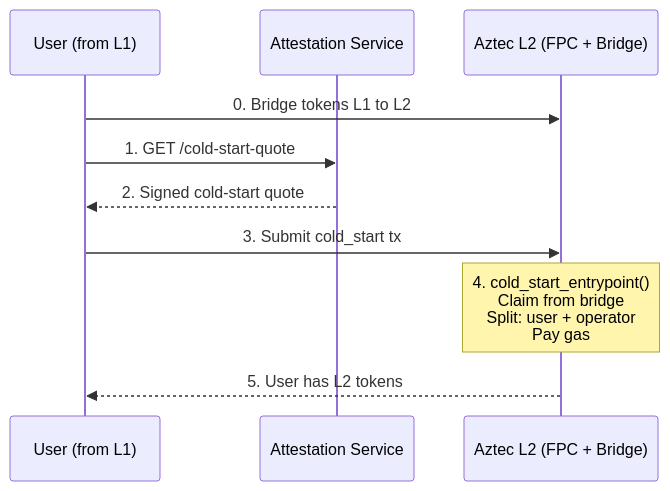
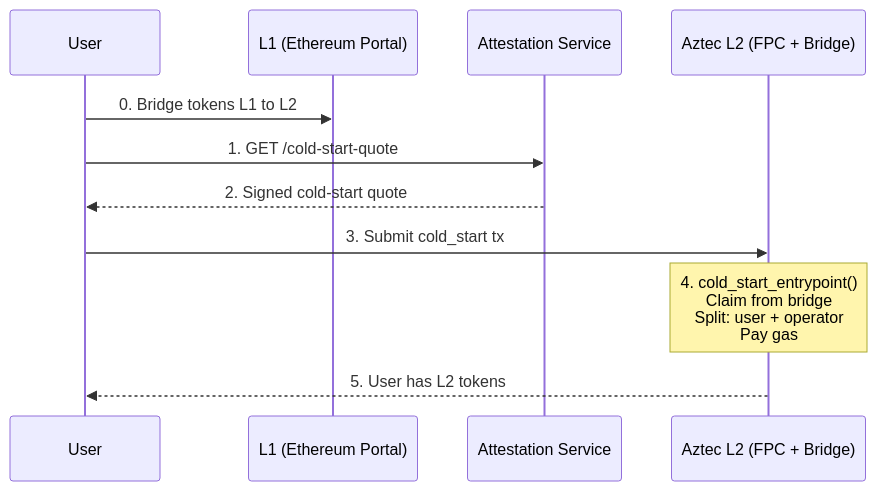
The third of 4 diagrams in docs/architecture.md (NethermindEth/aztec-fpc), drawn with Mermaid before and after one commit. The commit also changed other lines of this file and 1 other file, not shown here.

Commit message:
fix: correct system diagram (remove wallet->topup arrow) and cold-start sequence (bridge goes to L1, not FPC)

````diff
--- a/docs/architecture.md
+++ b/docs/architecture.md
@@ -127,13 +127,14 @@
 ```mermaid
 sequenceDiagram
-    participant U as User (from L1)
+    participant U as User
+    participant L1 as L1 (Ethereum Portal)
     participant A as Attestation Service
     participant F as Aztec L2 (FPC + Bridge)
 
-    U->>F: 0. Bridge tokens L1 to L2
+    U->>L1: 0. Bridge tokens L1 to L2
     U->>A: 1. GET /cold-start-quote
     A-->>U: 2. Signed cold-start quote
     U->>F: 3. Submit cold_start tx
     Note over F: 4. cold_start_entrypoint()<br/>Claim from bridge<br/>Split: user + operator<br/>Pay gas
     F-->>U: 5. User has L2 tokens
 ```
````
